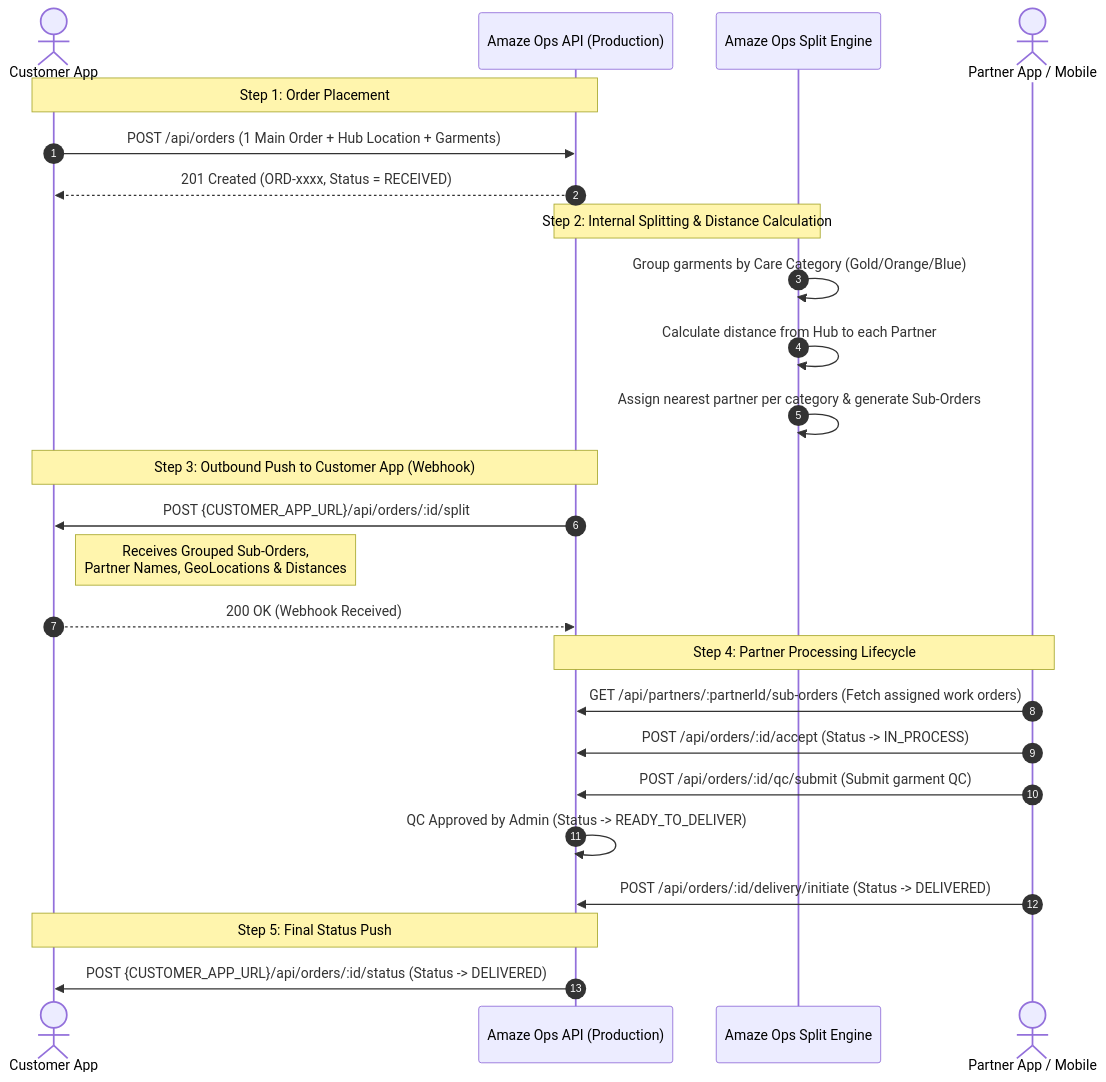
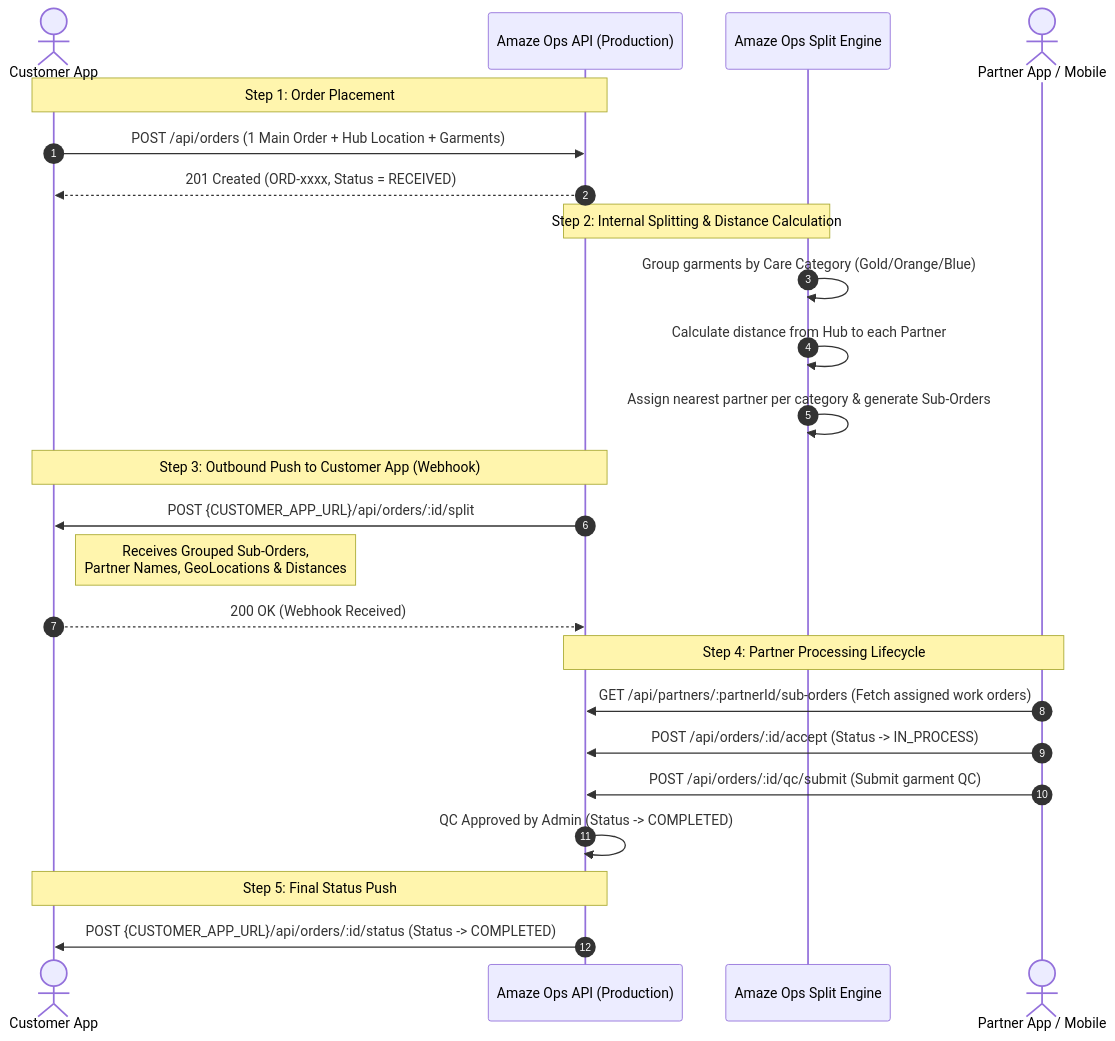
One commit to resetyme-spec/Amazeops changed the diagram in docs/PRODUCTION_API_DOCUMENTATION.md. Above: the diagram before and after it, drawn with Mermaid. The commit also changed other lines of this file and 10 other files, not shown here.

Commit message:
feat: replace ready-to-deliver with completed, remove delivered status across admin and partner apps

````diff
--- a/docs/PRODUCTION_API_DOCUMENTATION.md
+++ b/docs/PRODUCTION_API_DOCUMENTATION.md
@@ -19,32 +19,31 @@
 ```mermaid
 sequenceDiagram
     autonumber
     actor Customer as Customer App
     participant OpsServer as Amaze Ops API (Production)
     participant Engine as Amaze Ops Split Engine
     actor Partner as Partner App / Mobile
 
     Note over Customer,OpsServer: Step 1: Order Placement
     Customer->>OpsServer: POST /api/orders (1 Main Order + Hub Location + Garments)
     OpsServer-->>Customer: 201 Created (ORD-xxxx, Status = RECEIVED)
 
     Note over OpsServer,Engine: Step 2: Internal Splitting & Distance Calculation
     Engine->>Engine: Group garments by Care Category (Gold/Orange/Blue)
     Engine->>Engine: Calculate distance from Hub to each Partner
     Engine->>Engine: Assign nearest partner per category & generate Sub-Orders
 
     Note over OpsServer,Customer: Step 3: Outbound Push to Customer App (Webhook)
     OpsServer->>Customer: POST {CUSTOMER_APP_URL}/api/orders/:id/split
     Note right of Customer: Receives Grouped Sub-Orders,<br/>Partner Names, GeoLocations & Distances
     Customer-->>OpsServer: 200 OK (Webhook Received)
 
     Note over Partner,OpsServer: Step 4: Partner Processing Lifecycle
     Partner->>OpsServer: GET /api/partners/:partnerId/sub-orders (Fetch assigned work orders)
     Partner->>OpsServer: POST /api/orders/:id/accept (Status -> IN_PROCESS)
     Partner->>OpsServer: POST /api/orders/:id/qc/submit (Submit garment QC)
-    OpsServer->>OpsServer: QC Approved by Admin (Status -> READY_TO_DELIVER)
-    Partner->>OpsServer: POST /api/orders/:id/delivery/initiate (Status -> DELIVERED)
+    OpsServer->>OpsServer: QC Approved by Admin (Status -> COMPLETED)
 
     Note over OpsServer,Customer: Step 5: Final Status Push
-    OpsServer->>Customer: POST {CUSTOMER_APP_URL}/api/orders/:id/status (Status -> DELIVERED)
+    OpsServer->>Customer: POST {CUSTOMER_APP_URL}/api/orders/:id/status (Status -> COMPLETED)
 ```
````
